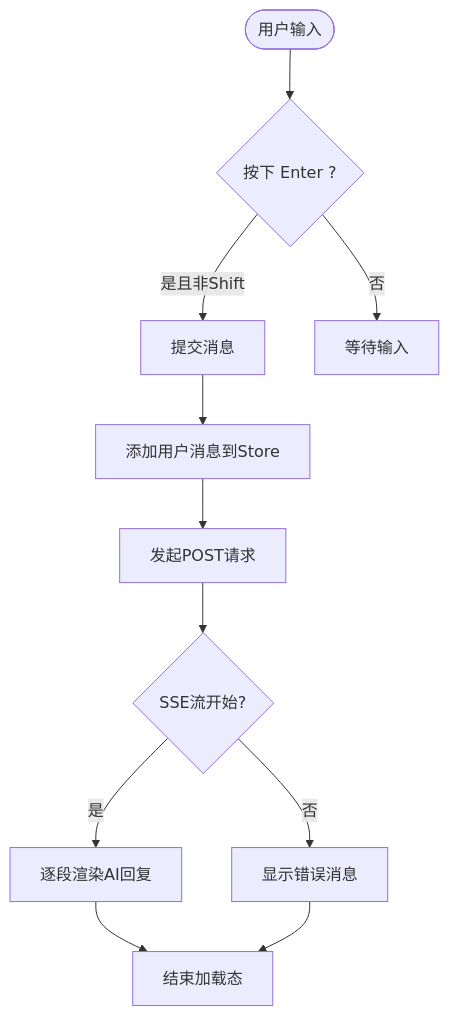
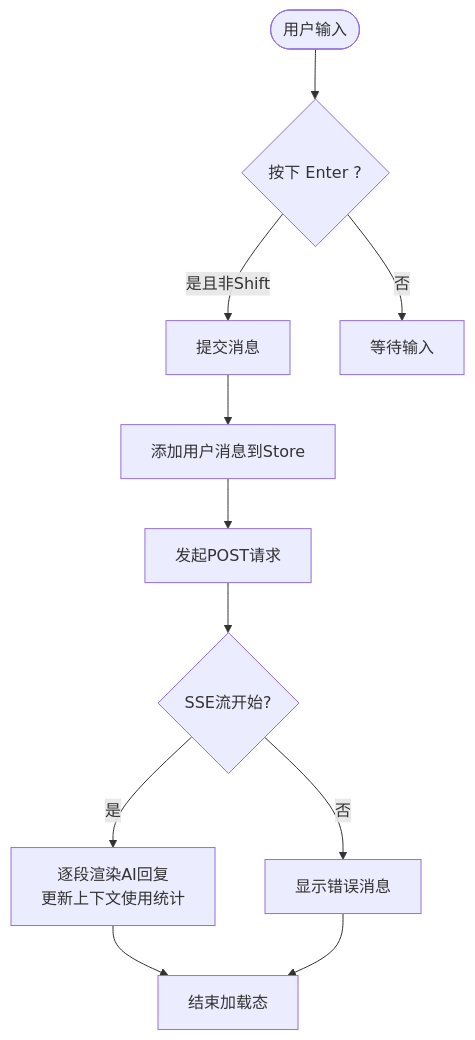
Before and after one commit to KunLabAI/KunFlix: the fifth of 8 diagrams in .qoder/repowiki/zh/content/前端应用架构/UI组件库/AI助手组件.md, drawn with Mermaid. The commit also changed other lines of this file and 9 other files, not shown here.

````diff
--- a/.qoder/repowiki/zh/content/前端应用架构/UI组件库/AI助手组件.md
+++ b/.qoder/repowiki/zh/content/前端应用架构/UI组件库/AI助手组件.md
@@ -220,13 +259,13 @@
 ```mermaid
 flowchart TD
 Start(["用户输入"]) --> Enter{"按下 Enter ?"}
 Enter --> |是且非Shift| Submit["提交消息"]
 Enter --> |否| Wait["等待输入"]
 Submit --> AddUserMsg["添加用户消息到Store"]
 AddUserMsg --> Fetch["发起POST请求"]
 Fetch --> Stream{"SSE流开始?"}
-Stream --> |是| Render["逐段渲染AI回复"]
+Stream --> |是| Render["逐段渲染AI回复<br/>更新上下文使用统计"]
 Stream --> |否| Error["显示错误消息"]
 Render --> Done["结束加载态"]
 Error --> Done
 ```
````
